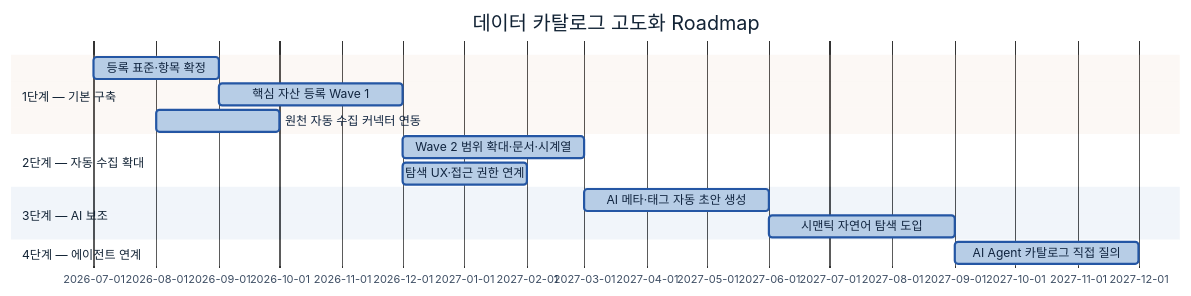
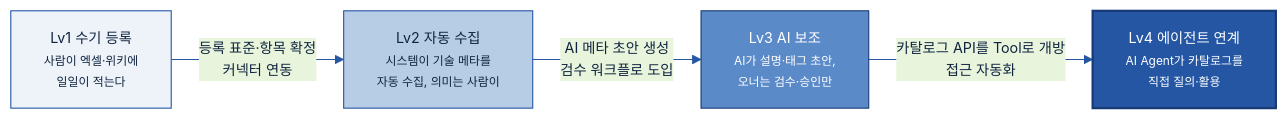
One commit to jin-kearney/ai-ready-data-manual changed diagram 11 of 11 in 가이드 작성/A-1 데이터 카탈로그/A-1 데이터 카탈로그.md. Above: the diagram before and after it, drawn with Mermaid. The commit also changed other lines of this file, not shown here.

First line of the commit message:
docs(A-1): 고도화 로드맵 새 표준 반영 (예시) — gantt → 성숙도 단계 + AI 자동화 전망

````diff
--- a/가이드 작성/A-1 데이터 카탈로그/A-1 데이터 카탈로그.md
+++ b/가이드 작성/A-1 데이터 카탈로그/A-1 데이터 카탈로그.md
@@ -959,18 +957,15 @@
 ```mermaid
-%%{init: {'theme':'base','themeVariables':{'primaryColor':'#B7CDE6','primaryBorderColor':'#2456A4','primaryTextColor':'#10243f','lineColor':'#2456A4','fontSize':'13px'}}}%%
-gantt
-    title 데이터 카탈로그 고도화 Roadmap
-    dateFormat YYYY-MM
-    section 1단계 — 기본 구축
-    등록 표준·항목 확정             :a1, 2026-07, 2M
-    핵심 자산 등록 Wave 1           :a2, 2026-09, 3M
-    원천 자동 수집 커넥터 연동       :a3, 2026-08, 2M
-    section 2단계 — 자동 수집 확대
-    Wave 2 범위 확대·문서·시계열    :b1, 2026-12, 3M
-    탐색 UX·접근 권한 연계          :b2, 2026-12, 2M
-    section 3단계 — AI 보조
-    AI 메타·태그 자동 초안 생성     :c1, 2027-03, 3M
-    시맨틱 자연어 탐색 도입         :c2, 2027-06, 3M
-    section 4단계 — 에이전트 연계
-    AI Agent 카탈로그 직접 질의     :d1, 2027-09, 3M
+%%{init: {'theme':'base','themeVariables':{'primaryColor':'#DCE8F5','primaryBorderColor':'#2456A4','primaryTextColor':'#10243f','lineColor':'#2456A4','fontSize':'13px'}}}%%
+flowchart LR
+    L1["Lv1 수기 등록<br/><small>사람이 엑셀·위키에<br/>일일이 적는다</small>"]:::l1
+    L2["Lv2 자동 수집<br/><small>시스템이 기술 메타를<br/>자동 수집, 의미는 사람이</small>"]:::l2
+    L3["Lv3 AI 보조<br/><small>AI가 설명·태그 초안,<br/>오너는 검수·승인만</small>"]:::l3
+    L4["Lv4 에이전트 연계<br/><small>AI Agent가 카탈로그를<br/>직접 질의·활용</small>"]:::l4
+    L1 -->|"등록 표준·항목 확정<br/>커넥터 연동"| L2
+    L2 -->|"AI 메타 초안 생성<br/>검수 워크플로 도입"| L3
+    L3 -->|"카탈로그 API를 Tool로 개방<br/>접근 자동화"| L4
+    classDef l1 fill:#EEF3FA,stroke:#2456A4,color:#10243f;
+    classDef l2 fill:#B7CDE6,stroke:#2456A4,color:#10243f;
+    classDef l3 fill:#5B8AC9,stroke:#163a73,color:#fff;
+    classDef l4 fill:#2456A4,stroke:#163a73,color:#fff,stroke-width:2px;
 ```
````
